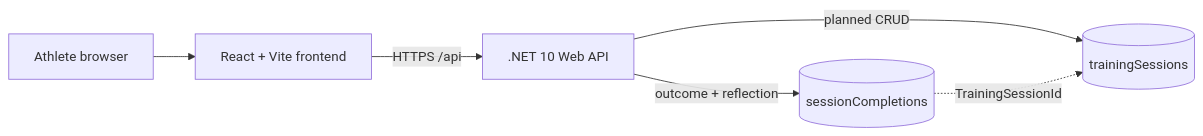
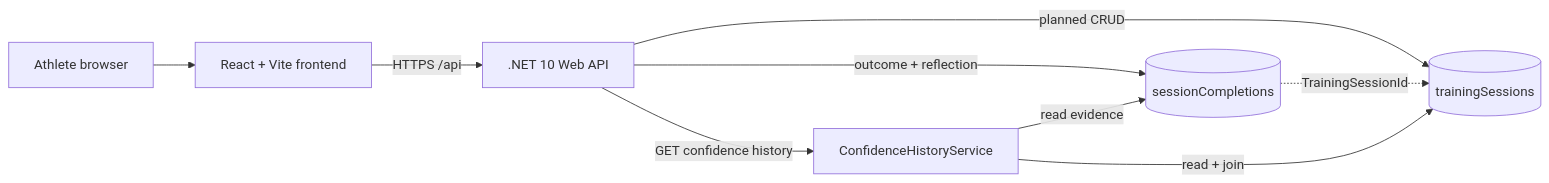
One commit to AryanWalan/TrackRanker changed the diagram in specs/01-technical-architecture.md. Above: the diagram before and after it, drawn with Mermaid. The commit also changed other lines of this file and 19 other files, not shown here.

Commit message:
add evidence-based confidence history page in the web app

````diff
--- a/specs/01-technical-architecture.md
+++ b/specs/01-technical-architecture.md
@@ -27,8 +27,11 @@
 ```mermaid
 flowchart LR
     Athlete["Athlete browser"] --> Frontend["React + Vite frontend"]
     Frontend -->|"HTTPS /api"| API[".NET 10 Web API"]
     API -->|"planned CRUD"| Sessions[("trainingSessions")]
     API -->|"outcome + reflection"| Completions[("sessionCompletions")]
     Completions -. "TrainingSessionId" .-> Sessions
+    API -->|"GET confidence history"| Confidence["ConfidenceHistoryService"]
+    Confidence -->|"read + join"| Sessions
+    Confidence -->|"read evidence"| Completions
 ```
````
